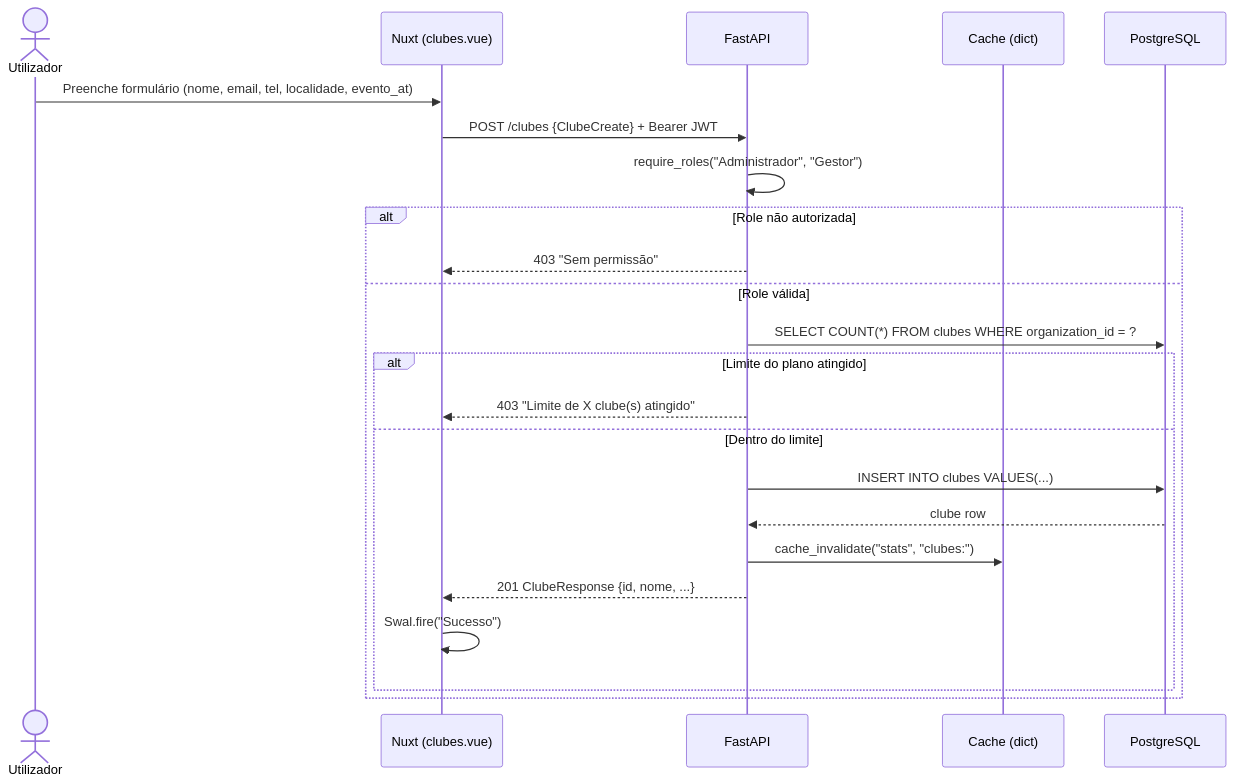
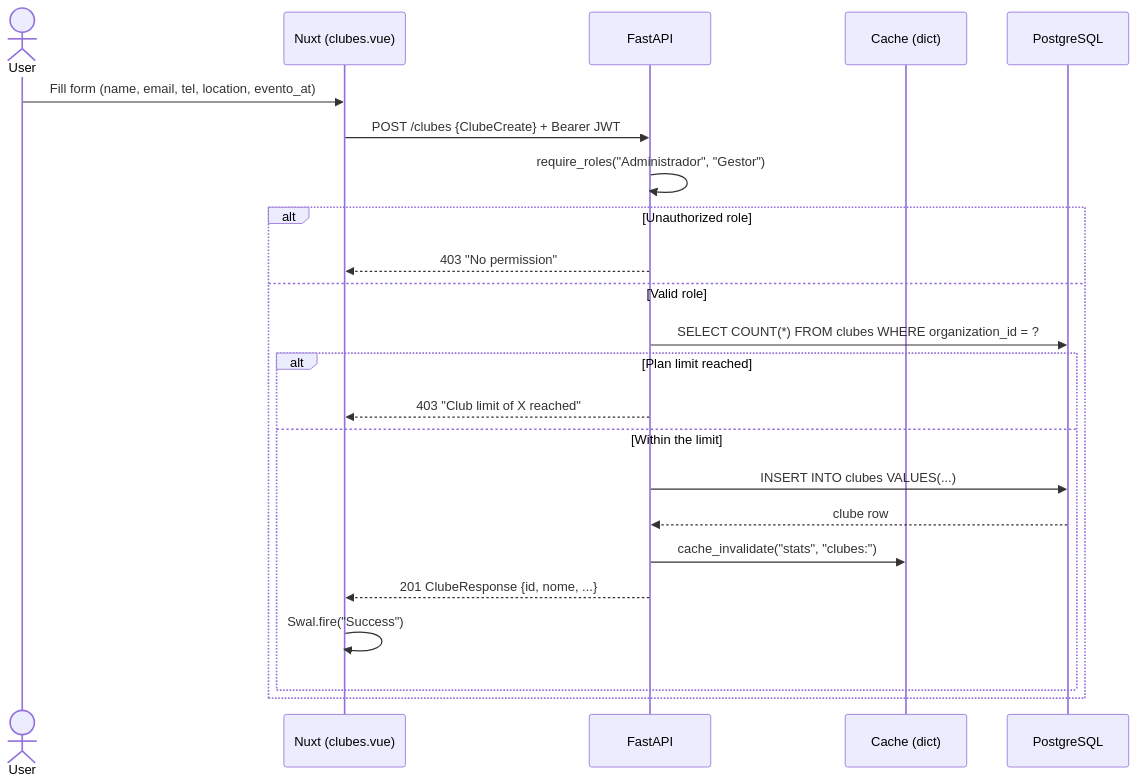
Before and after one commit to Wand-DenaXy/-Manueli-s-Clubes: the eighth of 11 diagrams in README.md, drawn with Mermaid. The commit also changed other lines of this file and 1 other file, not shown here.

````diff
--- a/README.md
+++ b/README.md
@@ -589,27 +589,27 @@
 ```mermaid
 sequenceDiagram
-    actor U as Utilizador
+    actor U as User
     participant F as Nuxt (clubes.vue)
     participant API as FastAPI
     participant C as Cache (dict)
     participant DB as PostgreSQL
 
-    U->>F: Preenche formulário (nome, email, tel, localidade, evento_at)
+    U->>F: Fill form (name, email, tel, location, evento_at)
     F->>API: POST /clubes {ClubeCreate} + Bearer JWT
     API->>API: require_roles("Administrador", "Gestor")
 
-    alt Role não autorizada
-        API-->>F: 403 "Sem permissão"
-    else Role válida
+    alt Unauthorized role
+        API-->>F: 403 "No permission"
+    else Valid role
         API->>DB: SELECT COUNT(*) FROM clubes WHERE organization_id = ?
-        alt Limite do plano atingido
-            API-->>F: 403 "Limite de X clube(s) atingido"
-        else Dentro do limite
+        alt Plan limit reached
+            API-->>F: 403 "Club limit of X reached"
+        else Within the limit
             API->>DB: INSERT INTO clubes VALUES(...)
             DB-->>API: clube row
             API->>C: cache_invalidate("stats", "clubes:")
             API-->>F: 201 ClubeResponse {id, nome, ...}
-            F->>F: Swal.fire("Sucesso")
+            F->>F: Swal.fire("Success")
         end
     end
 ```
````
